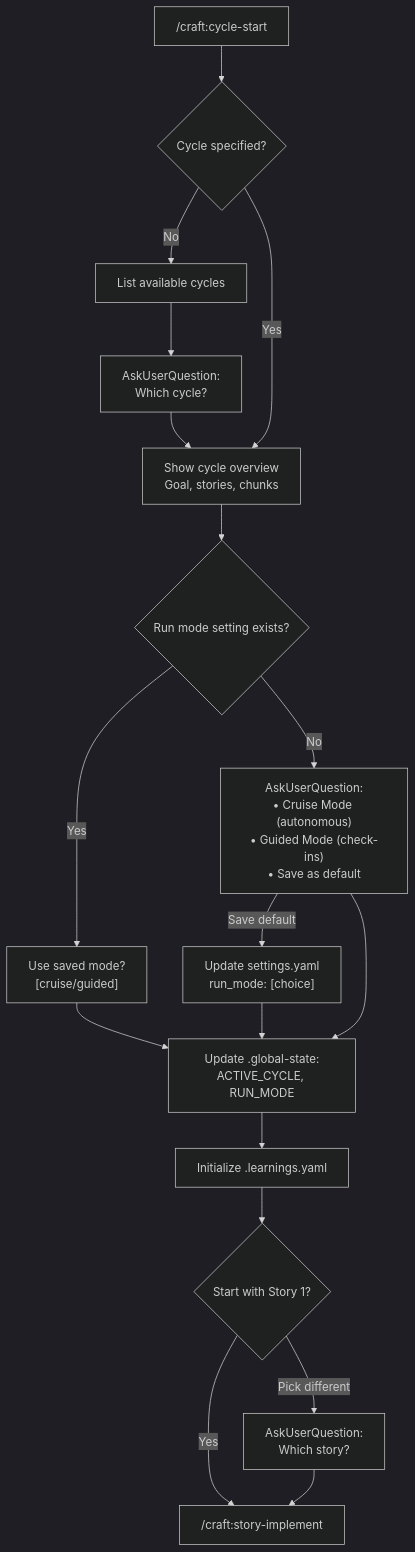
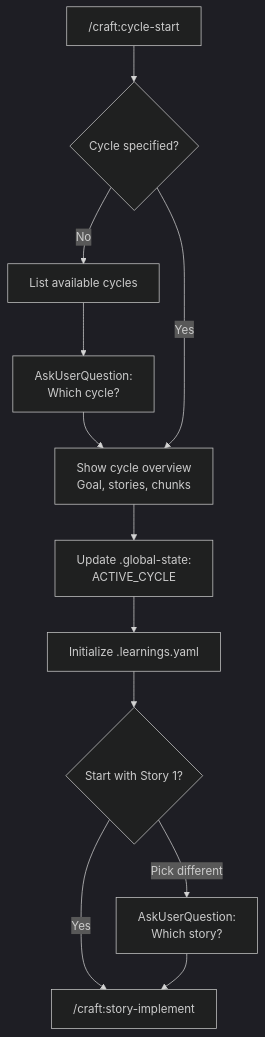
The fifth of 10 diagrams in reference/decision-tree.md (drobins25/craft), drawn with Mermaid before and after one commit. The commit also changed other lines of this file and 11 other files, not shown here.

First line of the commit message:
feat: remove guided run mode, collapse to single cruise behavior

````diff
--- a/reference/decision-tree.md
+++ b/reference/decision-tree.md
@@ -260,28 +256,19 @@
 ```mermaid
 %%{init: {'theme': 'dark'}}%%
 flowchart TD
     CYCLE_START["/craft:cycle-start"] --> SELECT{"Cycle specified?"}
 
     SELECT -->|No| LIST_CYCLES["List available cycles"]
     LIST_CYCLES --> ASK_CYCLE["AskUserQuestion:<br/>Which cycle?"]
     ASK_CYCLE --> SHOW_OVERVIEW
     SELECT -->|Yes| SHOW_OVERVIEW["Show cycle overview<br/>Goal, stories, chunks"]
 
-    SHOW_OVERVIEW --> CHECK_SETTING{"Run mode setting exists?"}
-    CHECK_SETTING -->|Yes| CONFIRM_MODE["Use saved mode?<br/>[cruise/guided]"]
-    CHECK_SETTING -->|No| CHOOSE_MODE["AskUserQuestion:<br/>• Cruise Mode (autonomous)<br/>• Guided Mode (check-ins)<br/>• Save as default"]
-
-    CONFIRM_MODE --> ACTIVATE
-    CHOOSE_MODE -->|Save default| SAVE_SETTING["Update settings.yaml<br/>run_mode: [choice]"]
-    SAVE_SETTING --> ACTIVATE
-    CHOOSE_MODE --> ACTIVATE
-
-    ACTIVATE["Update .global-state:<br/>ACTIVE_CYCLE, RUN_MODE"]
+    SHOW_OVERVIEW --> ACTIVATE["Update .global-state:<br/>ACTIVE_CYCLE"]
 
     ACTIVATE --> INIT_LEARNINGS["Initialize .learnings.yaml"]
     INIT_LEARNINGS --> PICK_STORY{"Start with Story 1?"}
 
     PICK_STORY -->|Yes| ROUTE_IMPL["/craft:story-implement"]
     PICK_STORY -->|Pick different| ASK_STORY["AskUserQuestion:<br/>Which story?"]
     ASK_STORY --> ROUTE_IMPL
 ```
````
